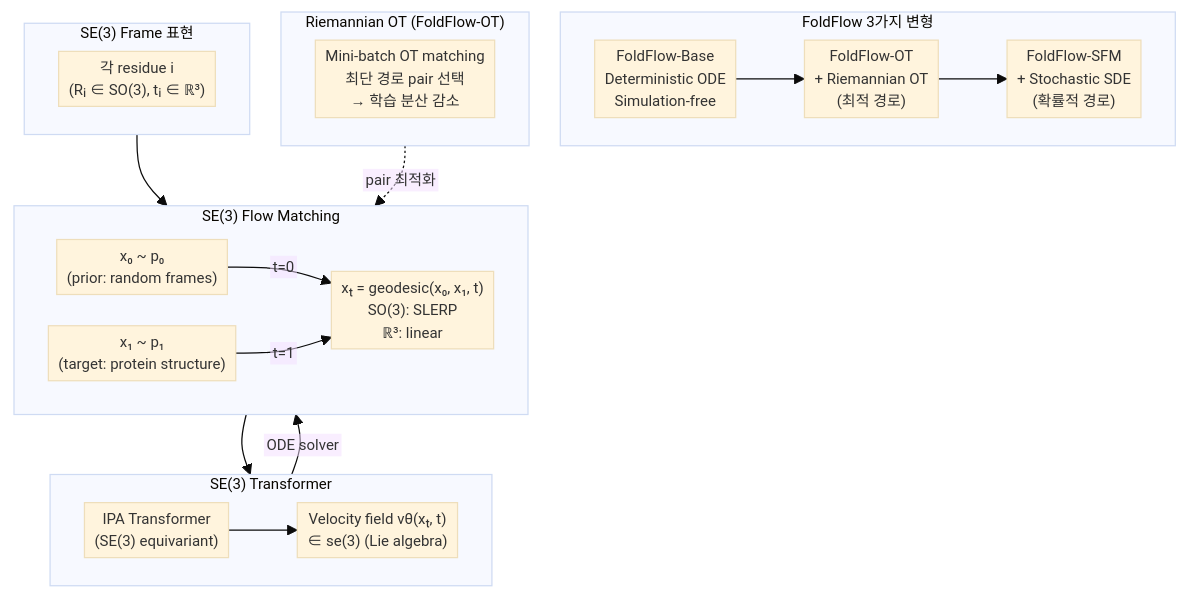
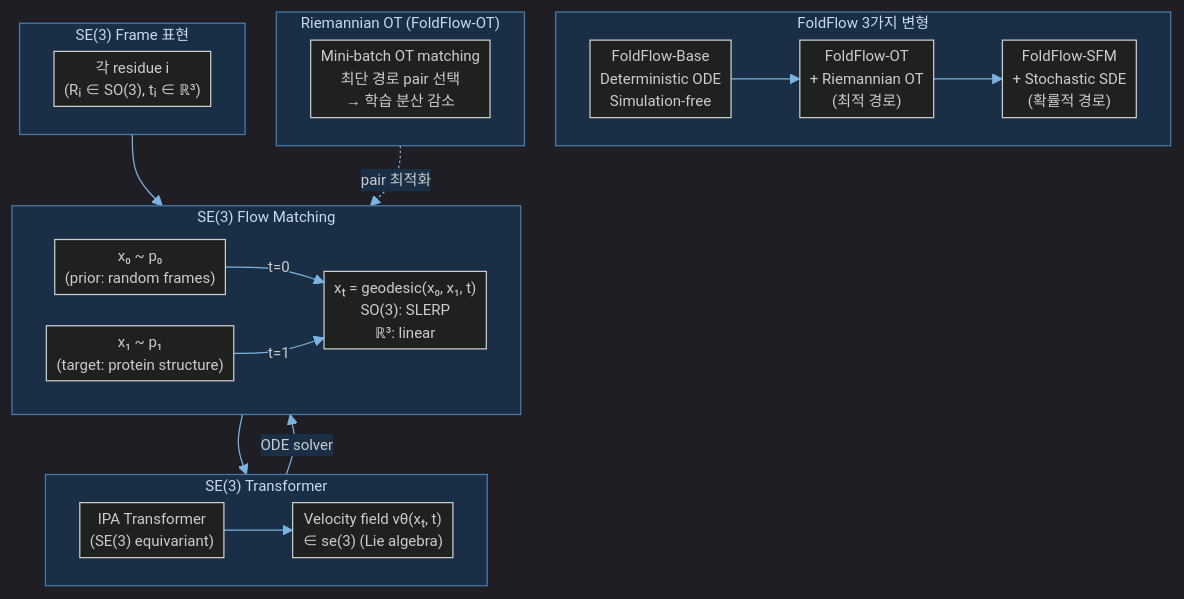
Before and after one commit to rlaalswhd199/PARA-vault: the diagram in 1_Projects/Crypticflow/Reading_Notes/Paper_Bose23_FoldFlow.md, drawn with Mermaid. The commit also changed other lines of this file and 32 other files, not shown here.

````diff
--- a/1_Projects/Crypticflow/Reading_Notes/Paper_Bose23_FoldFlow.md
+++ b/1_Projects/Crypticflow/Reading_Notes/Paper_Bose23_FoldFlow.md
@@ -25,38 +20,38 @@
 ```mermaid
-%%{init: {'theme':'base', 'flowchart': {'htmlLabels': false, 'curve': 'basis', 'nodeSpacing': 25, 'rankSpacing': 30, 'padding': 4, 'useMaxWidth': true}, 'themeVariables': {'fontSize': '12px'}}}%%
+%%{init: {'theme':'dark', 'flowchart': {'htmlLabels': true, 'curve': 'basis', 'nodeSpacing': 25, 'rankSpacing': 30, 'padding': 4, 'useMaxWidth': true}, 'themeVariables': {'fontSize': '12px', 'primaryColor': '#2d4a6e', 'primaryTextColor': '#e8eaf0', 'primaryBorderColor': '#5a8abf', 'lineColor': '#7ab3e0', 'secondaryColor': '#1e3a5a', 'tertiaryColor': '#162840', 'clusterBkg': '#1a2f45', 'clusterBorder': '#4a7aaa', 'titleColor': '#c8d8f0', 'edgeLabelBackground': '#1a2f45', 'nodeTextColor': '#e8eaf0'}}}%%
 flowchart TB
     subgraph VARIANTS["FoldFlow 3가지 변형"]
-        BASE["FoldFlow-Base\nDeterministic ODE\nSimulation-free"]
-        OT["FoldFlow-OT\n+ Riemannian OT\n(최적 경로)"]
-        SFM["FoldFlow-SFM\n+ Stochastic SDE\n(확률적 경로)"]
+        BASE["FoldFlow-Base<br/>Deterministic ODE<br/>Simulation-free"]
+        OT["FoldFlow-OT<br/>+ Riemannian OT<br/>(최적 경로)"]
+        SFM["FoldFlow-SFM<br/>+ Stochastic SDE<br/>(확률적 경로)"]
         BASE --> OT --> SFM
     end
 
     subgraph REPR["SE(3) Frame 표현"]
-        FRAME["각 residue i\n(Rᵢ ∈ SO(3), tᵢ ∈ ℝ³)"]
+        FRAME["각 residue i<br/>(Rᵢ ∈ SO(3), tᵢ ∈ ℝ³)"]
     end
 
     subgraph FLOW["SE(3) Flow Matching"]
         direction LR
-        X0F["x₀ ~ p₀\n(prior: random frames)"]
-        X1F["x₁ ~ p₁\n(target: protein structure)"]
-        XT_F["xₜ = geodesic(x₀, x₁, t)\nSO(3): SLERP\nℝ³: linear"]
+        X0F["x₀ ~ p₀<br/>(prior: random frames)"]
+        X1F["x₁ ~ p₁<br/>(target: protein structure)"]
+        XT_F["xₜ = geodesic(x₀, x₁, t)<br/>SO(3): SLERP<br/>ℝ³: linear"]
         X0F -->|"t=0"| XT_F
         X1F -->|"t=1"| XT_F
     end
 
     subgraph MODEL["SE(3) Transformer"]
-        IPA2["IPA Transformer\n(SE(3) equivariant)"]
-        VT["Velocity field vθ(xₜ, t)\n∈ se(3) (Lie algebra)"]
+        IPA2["IPA Transformer<br/>(SE(3) equivariant)"]
+        VT["Velocity field vθ(xₜ, t)<br/>∈ se(3) (Lie algebra)"]
         IPA2 --> VT
     end
 
     subgraph OT_BOX["Riemannian OT (FoldFlow-OT)"]
-        MATCH["Mini-batch OT matching\n최단 경로 pair 선택\n→ 학습 분산 감소"]
+        MATCH["Mini-batch OT matching<br/>최단 경로 pair 선택<br/>→ 학습 분산 감소"]
     end
 
     REPR --> FLOW
     XT_F --> MODEL
     OT_BOX -.->|"pair 최적화"| FLOW
     MODEL -->|"ODE solver"| X1F
 ```
````
